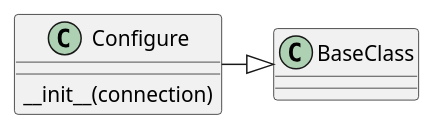
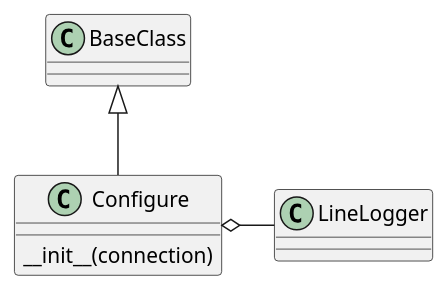
The second of 6 diagrams in apcommand/accesspoints/atheros.rst (russell-n/apcommand), drawn with PlantUML before and after one commit. The commit also changed other lines of this file and 74 other files, not shown here.

```diff
--- a/apcommand/accesspoints/atheros.rst
+++ b/apcommand/accesspoints/atheros.rst
@@ -49,4 +106,5 @@
 .. uml::
 
-   Configure -|> BaseClass
+   BaseClass <|-- Configure
+   Configure o- LineLogger
    Configure : __init__(connection)
```
